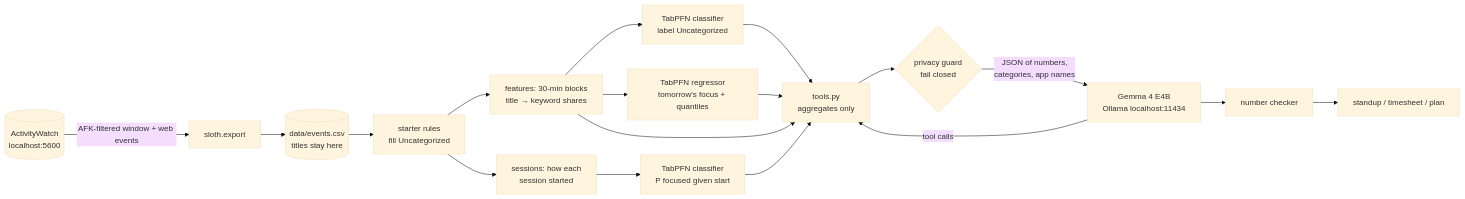
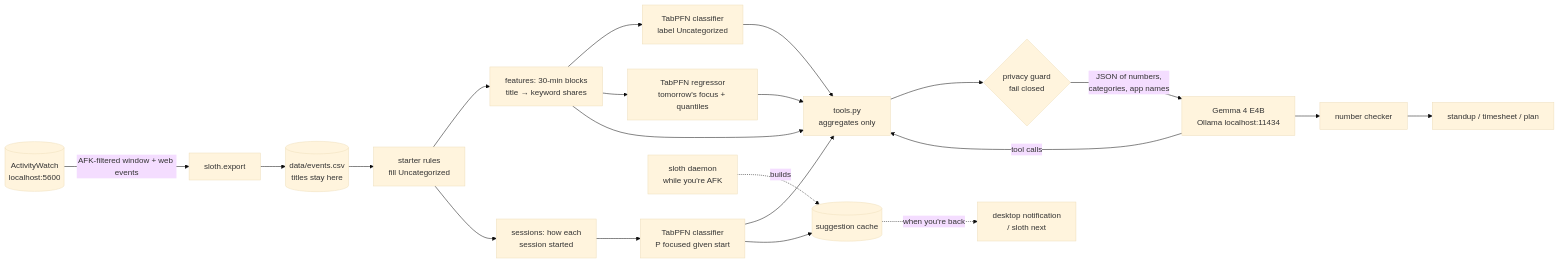
One commit to Yarish652/timesheet-sloth changed the diagram in README.md. Above: the diagram before and after it, drawn with Mermaid (base theme). The commit also changed other lines of this file and 4 other files, not shown here.

````diff
--- a/README.md
+++ b/README.md
@@ -91,19 +97,22 @@
 ```mermaid
 flowchart LR
     AW[(ActivityWatch<br/>localhost:5600)] -->|AFK-filtered window + web events| EX[sloth.export]
     EX --> EV[(data/events.csv<br/>titles stay here)]
     EV --> SEED[starter rules<br/>fill Uncategorized]
     SEED --> FE[features: 30-min blocks<br/>title → keyword shares]
     SEED --> SE[sessions: how each<br/>session started]
     FE --> LB[TabPFN classifier<br/>label Uncategorized]
     FE --> FC[TabPFN regressor<br/>tomorrow's focus + quantiles]
     SE --> CO[TabPFN classifier<br/>P focused given start]
     LB --> TO[tools.py<br/>aggregates only]
     FC --> TO
     CO --> TO
     FE --> TO
     TO --> G{privacy guard<br/>fail closed}
     G -->|JSON of numbers,<br/>categories, app names| LLM[Gemma 4 E4B<br/>Ollama localhost:11434]
     LLM -->|tool calls| TO
     LLM --> NC[number checker] --> R[standup / timesheet / plan]
+    D[sloth daemon<br/>while you're AFK] -.->|builds| CA[(suggestion cache)]
+    CO --> CA
+    CA -.->|when you're back| N[desktop notification<br/>/ sloth next]
 ```
````
